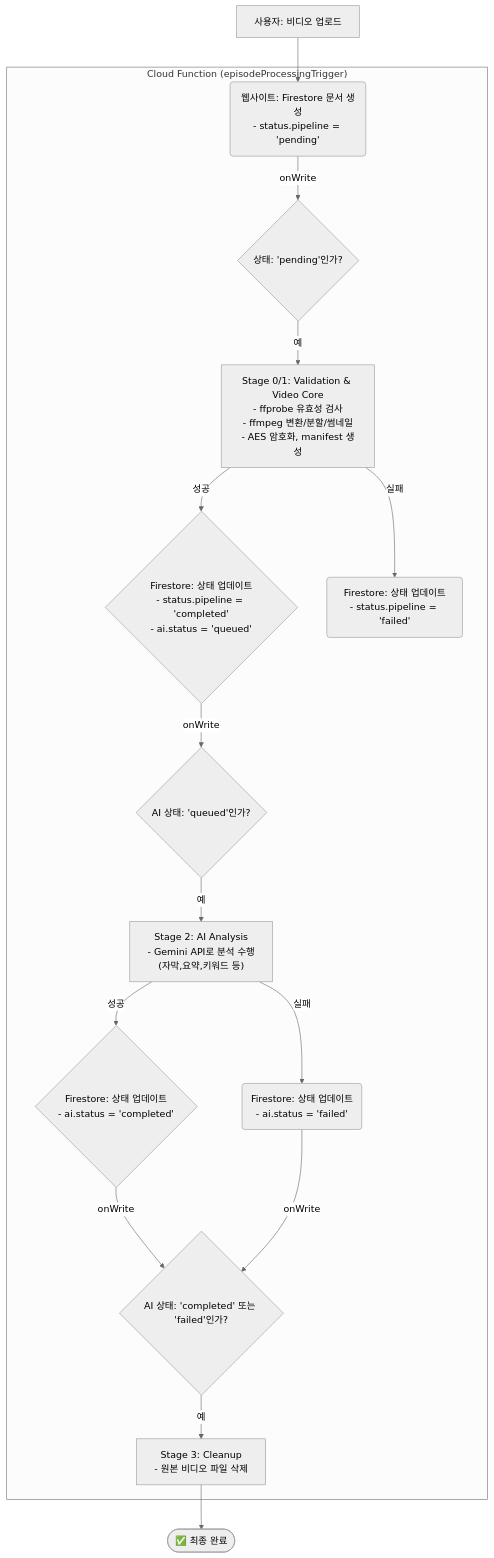
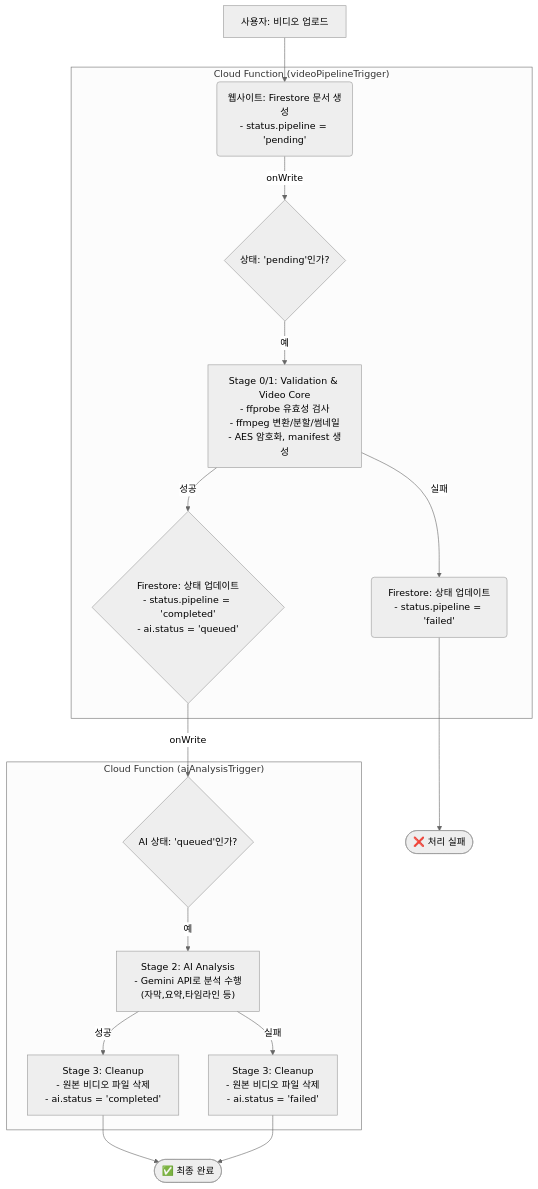
Before and after one commit to gylee79/llinestream: the diagram in docs/system-workflow.md, drawn with Mermaid (neutral theme). The commit also changed other lines of this file and 2 other files, not shown here.

Commit message:
파이어베이스에는 function V2사용이라고 되어 있는데 우리 이렇게 설정되어 있는거지? 이건 코드 수정말고 대답만해주면돼. 그

````diff
--- a/docs/system-workflow.md
+++ b/docs/system-workflow.md
@@ -14,22 +11,22 @@
 ```mermaid
 graph TD
     A[사용자: 비디오 업로드] --> B(웹사이트: Firestore 문서 생성<br/>- status.pipeline = 'pending');
     
-    subgraph "Cloud Function (episodeProcessingTrigger)"
-        B -- onWrite --> C{상태: 'pending'인가?};
+    subgraph "Cloud Function (videoPipelineTrigger)"
+        B -- onWrite --> C{"상태: 'pending'인가?"};
         C -- 예 --> D["Stage 0/1: Validation & Video Core<br/>- ffprobe 유효성 검사<br/>- ffmpeg 변환/분할/썸네일<br/>- AES 암호화, manifest 생성"];
         D -- 성공 --> E{Firestore: 상태 업데이트<br/>- status.pipeline = 'completed'<br/>- ai.status = 'queued'};
         D -- 실패 --> F(Firestore: 상태 업데이트<br/>- status.pipeline = 'failed');
-        
-        E -- onWrite --> G{AI 상태: 'queued'인가?};
-        G -- 예 --> H["Stage 2: AI Analysis<br/>- Gemini API로 분석 수행<br/>(자막,요약,키워드 등)"];
-        H -- 성공 --> I{Firestore: 상태 업데이트<br/>- ai.status = 'completed'};
-        H -- 실패 --> J(Firestore: 상태 업데이트<br/>- ai.status = 'failed');
-        
-        I -- onWrite --> K{AI 상태: 'completed' 또는 'failed'인가?};
-        J -- onWrite --> K;
-        K -- 예 --> L["Stage 3: Cleanup<br/>- 원본 비디오 파일 삭제"];
     end
     
-    L --> M([✅ 최종 완료]);
+    subgraph "Cloud Function (aiAnalysisTrigger)"
+        E -- onWrite --> G{"AI 상태: 'queued'인가?"};
+        G -- 예 --> H["Stage 2: AI Analysis<br/>- Gemini API로 분석 수행<br/>(자막,요약,타임라인 등)"];
+        H -- 성공 --> I["Stage 3: Cleanup<br/>- 원본 비디오 파일 삭제<br/>- ai.status = 'completed'"];
+        H -- 실패 --> J["Stage 3: Cleanup<br/>- 원본 비디오 파일 삭제<br/>- ai.status = 'failed'"];
+    end
+    
+    F --> Z([❌ 처리 실패]);
+    I --> M([✅ 최종 완료]);
+    J --> M;
 ```
````
